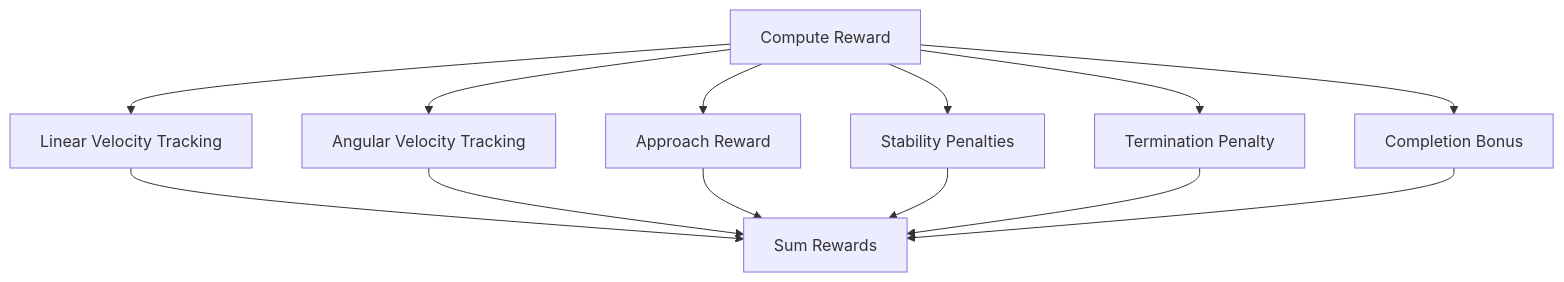
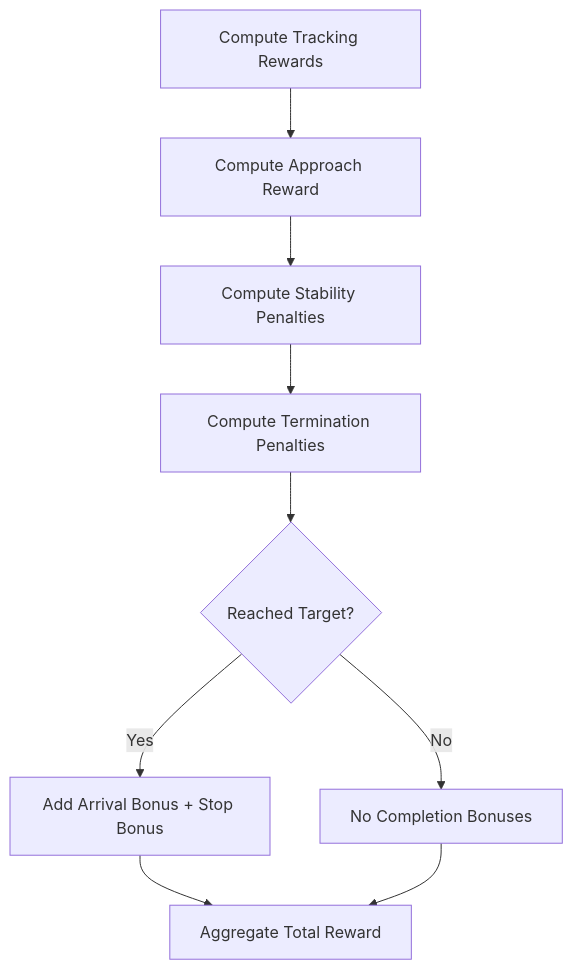
The fifth of 6 diagrams in .qoder/repowiki/en/content/Navigation Environments/VBot Navigation/VBot Navigation.md (jayjayhust/MotrixLab), drawn with Mermaid before and after one commit. The commit also changed other lines of this file and 15 other files, not shown here.

````diff
--- a/.qoder/repowiki/en/content/Navigation Environments/VBot Navigation/VBot Navigation.md
+++ b/.qoder/repowiki/en/content/Navigation Environments/VBot Navigation/VBot Navigation.md
@@ -281,15 +195,11 @@
 ```mermaid
 flowchart TD
-Compute["Compute Reward"] --> TrackingLin["Linear Velocity Tracking"]
-Compute --> TrackingAng["Angular Velocity Tracking"]
-Compute --> Approach["Approach Reward"]
-Compute --> Stability["Stability Penalties"]
-Compute --> Termination["Termination Penalty"]
-Compute --> Completion["Completion Bonus"]
-TrackingLin --> Sum["Sum Rewards"]
-TrackingAng --> Sum
-Approach --> Sum
-Stability --> Sum
-Termination --> Sum
-Completion --> Sum
+A["Compute Tracking Rewards"] --> B["Compute Approach Reward"]
+B --> C["Compute Stability Penalties"]
+C --> D["Compute Termination Penalties"]
+D --> E{"Reached Target?"}
+E --> |Yes| F["Add Arrival Bonus + Stop Bonus"]
+E --> |No| G["No Completion Bonuses"]
+F --> H["Aggregate Total Reward"]
+G --> H["Aggregate Total Reward"]
 ```
````
